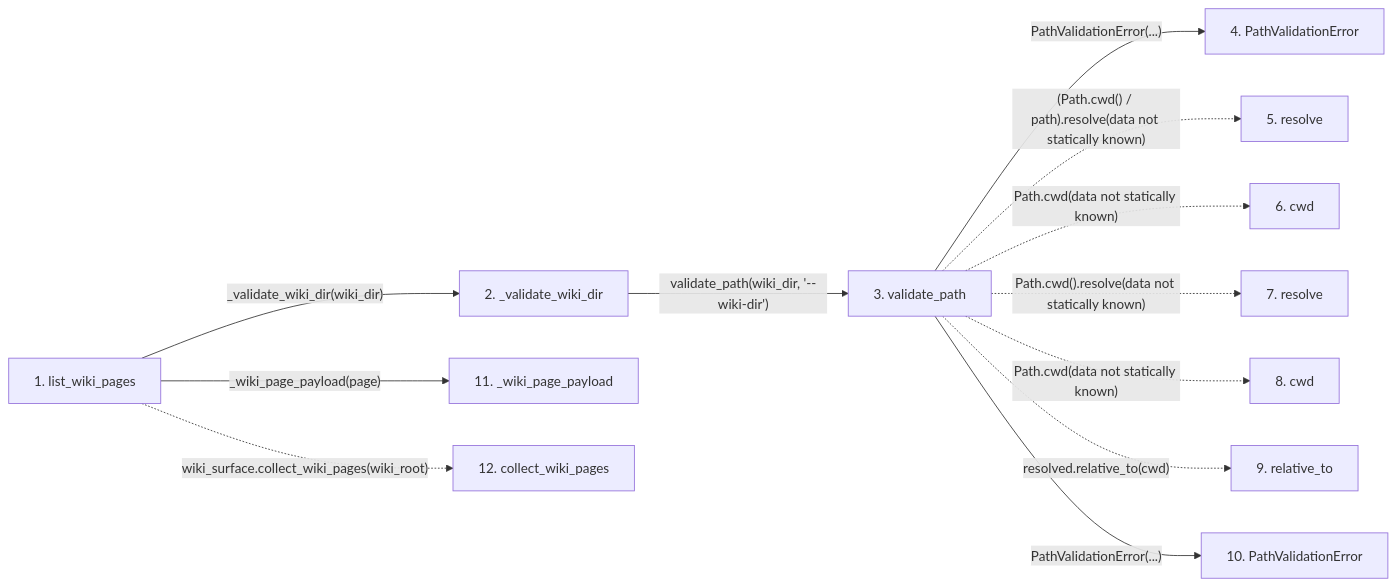
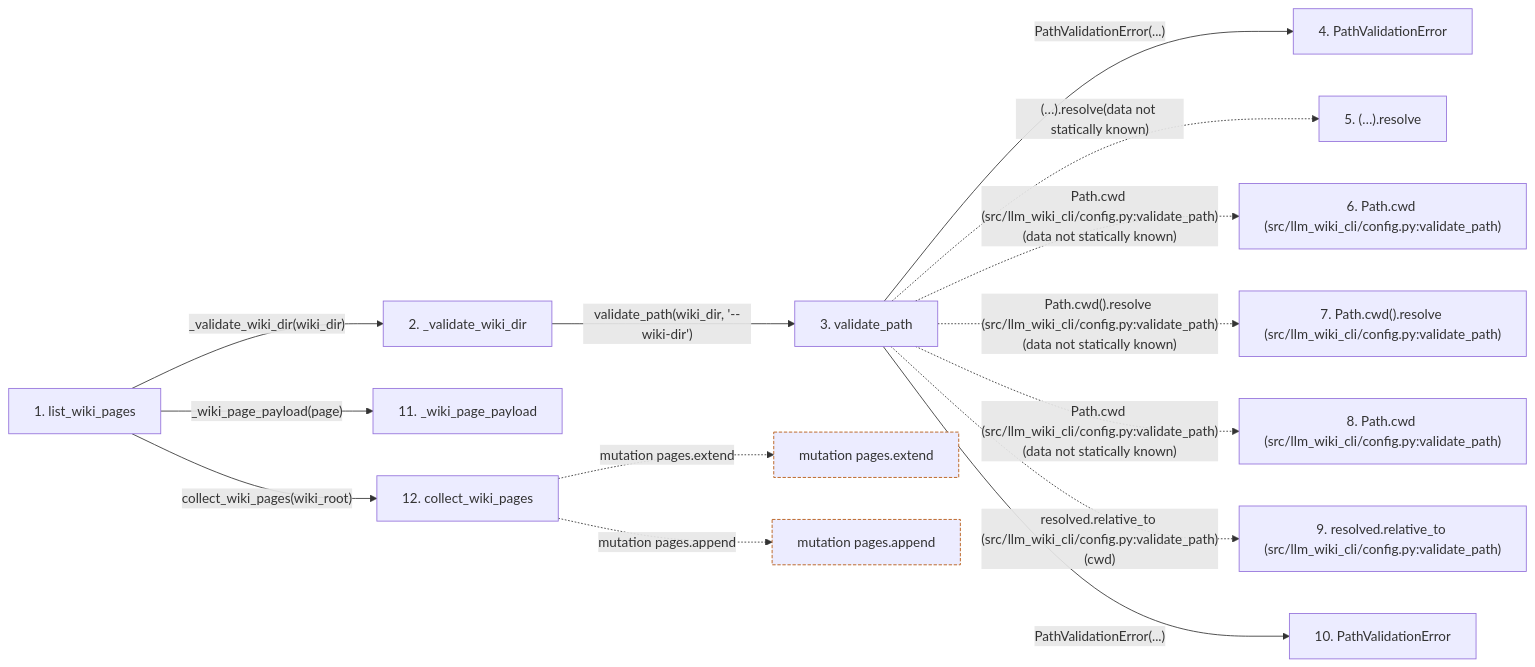
One commit to Denissvgn/python-wiki-llm changed the second of 2 diagrams in docs/llm_wiki/flows/api-list_wiki_pages.md. Above: the diagram before and after it, drawn with Mermaid. The commit also changed other lines of this file and 719 other files, not shown here.

````diff
--- a/docs/llm_wiki/flows/api-list_wiki_pages.md
+++ b/docs/llm_wiki/flows/api-list_wiki_pages.md
@@ -69,32 +75,40 @@
 ```mermaid
 flowchart LR
     s1["1. list_wiki_pages"]
     s2["2. _validate_wiki_dir"]
     s3["3. validate_path"]
     s4["4. PathValidationError"]
-    s5["5. resolve"]
-    s6["6. cwd"]
-    s7["7. resolve"]
-    s8["8. cwd"]
-    s9["9. relative_to"]
+    s5["5. (…).resolve"]
+    s6["6. Path.cwd (src/llm_wiki_cli/config.py:validate_path)"]
+    s7["7. Path.cwd().resolve (src/llm_wiki_cli/config.py:validate_path)"]
+    s8["8. Path.cwd (src/llm_wiki_cli/config.py:validate_path)"]
+    s9["9. resolved.relative_to (src/llm_wiki_cli/config.py:validate_path)"]
     s10["10. PathValidationError"]
     s11["11. _wiki_page_payload"]
     s12["12. collect_wiki_pages"]
     s1 -->|"_validate_wiki_dir(wiki_dir)"| s2
     s2 -->|"validate_path(wiki_dir, '--wiki-dir')"| s3
     s3 -->|"PathValidationError(...)"| s4
-    s3 -. "(Path.cwd() / path).resolve(data not statically known)" .-> s5
-    s3 -. "Path.cwd(data not statically known)" .-> s6
-    s3 -. "Path.cwd().resolve(data not statically known)" .-> s7
-    s3 -. "Path.cwd(data not statically known)" .-> s8
-    s3 -. "resolved.relative_to(cwd)" .-> s9
+    s3 -. "(…).resolve(data not statically known)" .-> s5
+    s3 -. "Path.cwd (src/llm_wiki_cli/config.py:validate_path)(data not statically known)" .-> s6
+    s3 -. "Path.cwd().resolve (src/llm_wiki_cli/config.py:validate_path)(data not statically known)" .-> s7
+    s3 -. "Path.cwd (src/llm_wiki_cli/config.py:validate_path)(data not statically known)" .-> s8
+    s3 -. "resolved.relative_to (src/llm_wiki_cli/config.py:validate_path)(cwd)" .-> s9
     s3 -->|"PathValidationError(...)"| s10
     s1 -->|"_wiki_page_payload(page)"| s11
-    s1 -. "wiki_surface.collect_wiki_pages(wiki_root)" .-> s12
+    s1 -->|"collect_wiki_pages(wiki_root)"| s12
+    b0["mutation pages.extend"]
+    s12 -. "mutation pages.extend" .-> b0
+    b1["mutation pages.append"]
+    s12 -. "mutation pages.append" .-> b1
     click s1 "../modules/api.md"
     click s2 "../modules/api.md"
     click s3 "../modules/config.md"
     click s4 "../modules/config.md"
     click s10 "../modules/config.md"
     click s11 "../modules/api.md"
+    click s12 "../modules/wiki_surface.md"
+    classDef boundary stroke:#b45309,stroke-dasharray: 4 2
+    class b0 boundary
+    class b1 boundary
 ```
````
